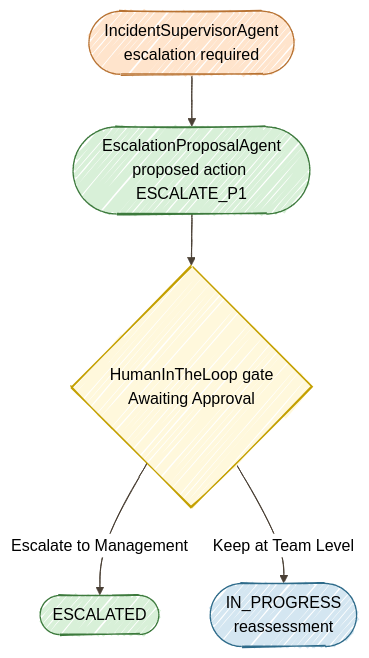
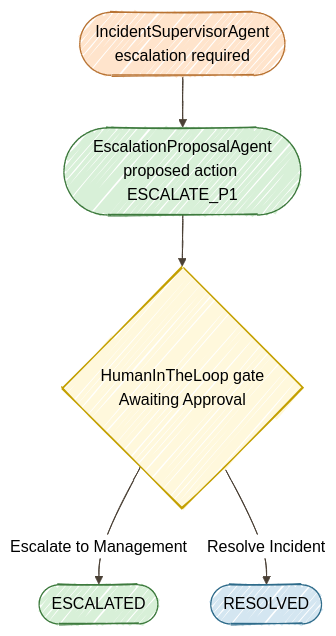
The diagram in docs/06-hitl-observability/START_HERE.md (danieloh30/agentic-ai-java-workshop), drawn with Mermaid before and after one commit. The commit also changed other lines of this file and 6 other files, not shown here.

Commit message:
Align HITL resolve decision across workshop

````diff
--- a/docs/06-hitl-observability/START_HERE.md
+++ b/docs/06-hitl-observability/START_HERE.md
@@ -25,19 +25,19 @@
 ```mermaid
 %%{init: {'look':'handDrawn','theme':'neutral','themeVariables': {'lineColor':'#4A4035'}}}%%
 flowchart TD
     ISA(["IncidentSupervisorAgent<br/>escalation required"])
     EPA(["EscalationProposalAgent<br/>proposed action ESCALATE_P1"])
     HITL{"HumanInTheLoop gate<br/>Awaiting Approval"}
     ESC([ESCALATED])
-    INV(["IN_PROGRESS<br/>reassessment"])
+    RES([RESOLVED])
 
     ISA --> EPA --> HITL
     HITL -->|Escalate to Management| ESC
-    HITL -->|Keep at Team Level| INV
+    HITL -->|Resolve Incident| RES
 
     style ISA fill:#FFE4CC,stroke:#B87333
     style EPA fill:#D8F0D8,stroke:#3D7A3D
     style HITL fill:#FFF8DC,stroke:#C4A000
     style ESC fill:#D8F0D8,stroke:#3D7A3D
-    style INV fill:#D4E6F1,stroke:#2E6B8A
+    style RES fill:#D4E6F1,stroke:#2E6B8A
 ```
````
